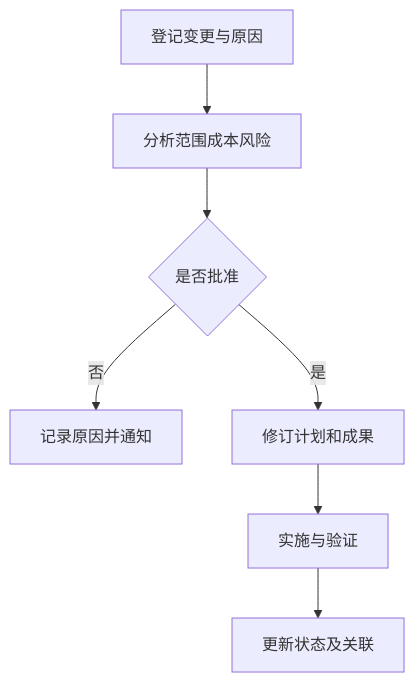
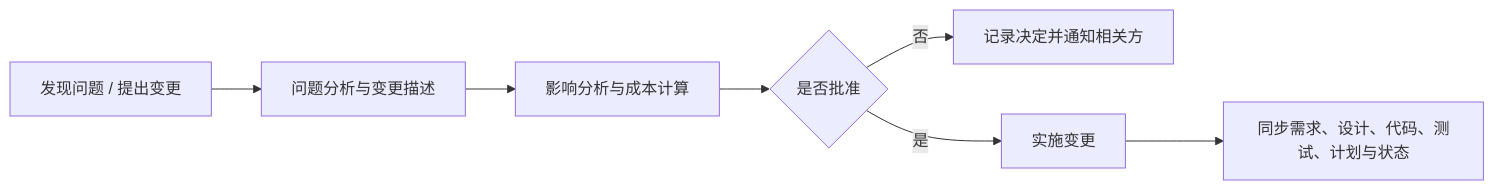
Before and after one commit to 74262195/system-architect-notes: the diagram in 01_综合知识/04_软件工程基础知识/02_需求工程/需求变更控制.md, drawn with Mermaid. The commit also changed other lines of this file, not shown here.

````diff
--- a/01_综合知识/04_软件工程基础知识/02_需求工程/需求变更控制.md
+++ b/01_综合知识/04_软件工程基础知识/02_需求工程/需求变更控制.md
@@ -30,9 +99,9 @@
-```mermaid
-flowchart TD
- A[登记变更与原因] --> B[分析范围成本风险]
- B --> C{是否批准}
- C -->|否| D[记录原因并通知]
- C -->|是| E[修订计划和成果]
- E --> F[实施与验证]
- F --> G[更新状态及关联]
-```
+~~~mermaid
+flowchart LR
+    A["发现问题 / 提出变更"] --> B["问题分析与变更描述"]
+    B --> C["影响分析与成本计算"]
+    C --> D{"是否批准"}
+    D -->|否| E["记录决定并通知相关方"]
+    D -->|是| F["实施变更"]
+    F --> G["同步需求、设计、代码、测试、计划与状态"]
+~~~
````
